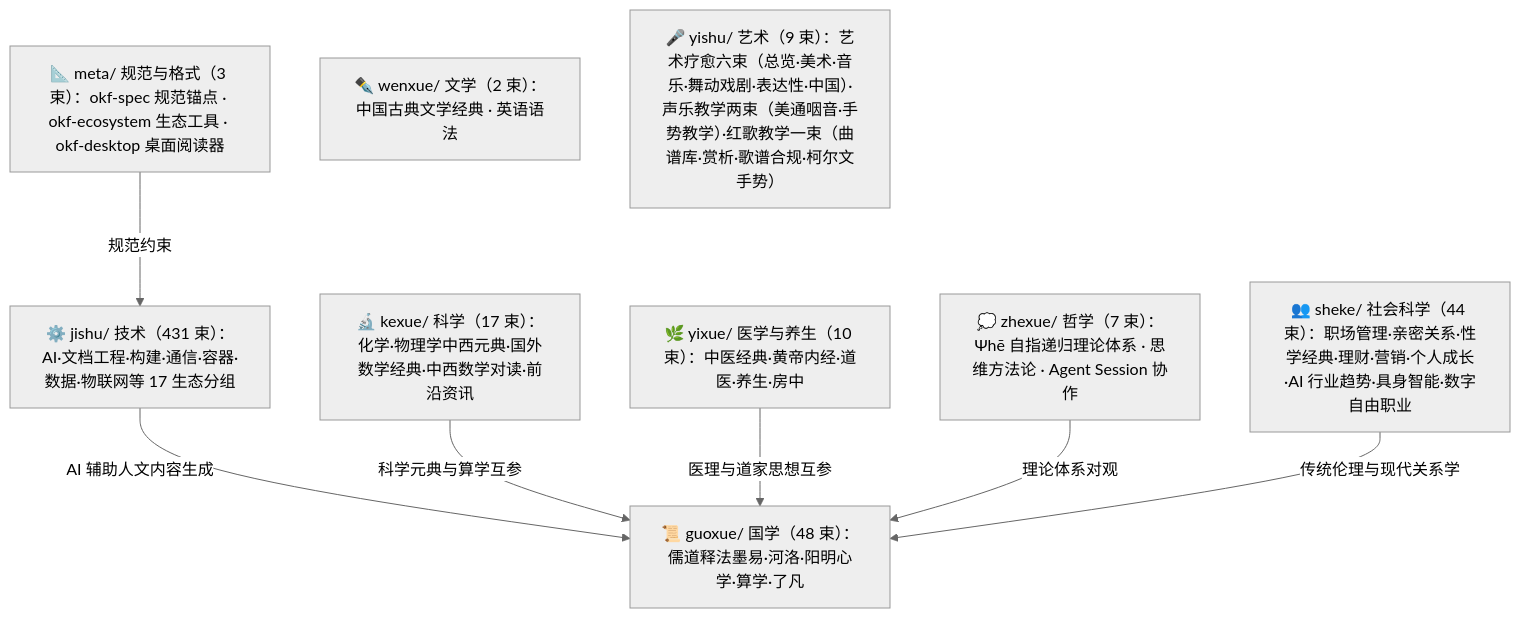
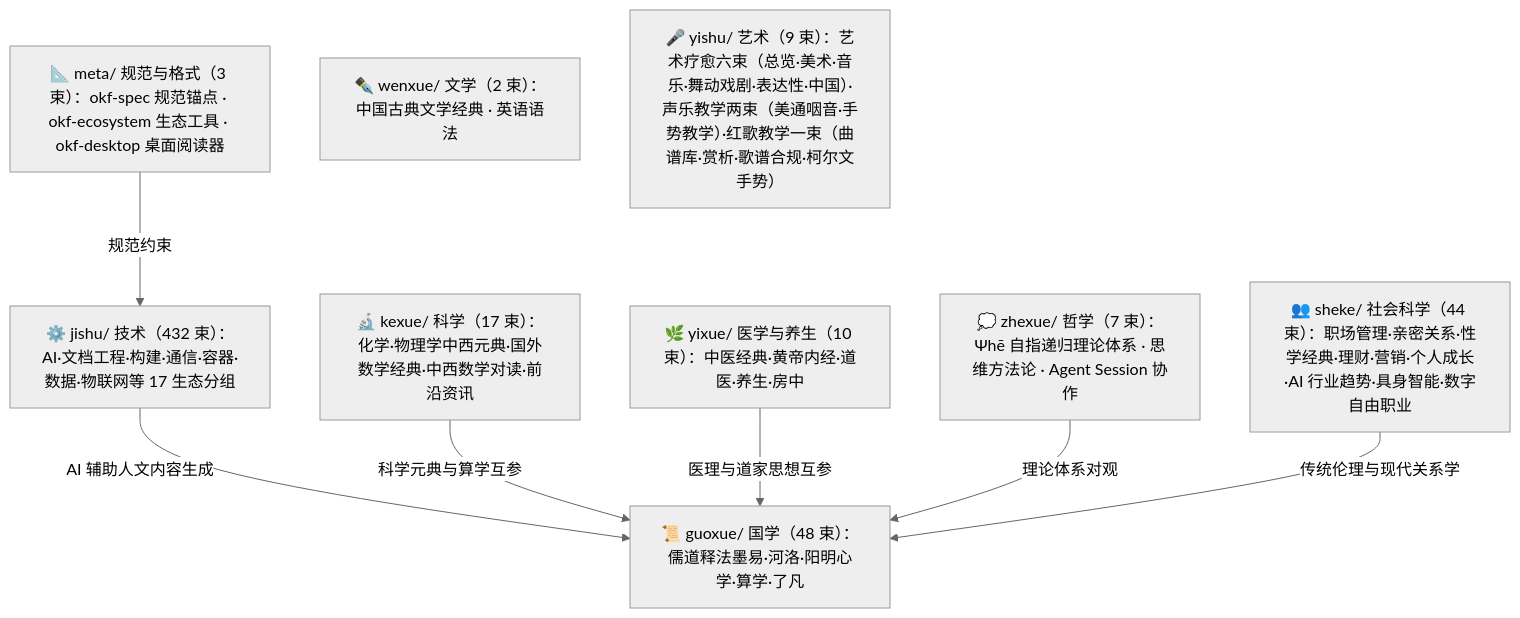
The diagram in doc/bundles/index.md (awesome-flexloop/awesome-okf), drawn with Mermaid (neutral theme) before and after one commit. The commit also changed other lines of this file and 11 other files, not shown here.

````diff
--- a/doc/bundles/index.md
+++ b/doc/bundles/index.md
@@ -21,18 +21,18 @@
 ```mermaid
 flowchart TD
     meta["📐 meta/ 规范与格式（3 束）：okf-spec 规范锚点 · okf-ecosystem 生态工具 · okf-desktop 桌面阅读器"]
     guoxue["📜 guoxue/ 国学（48 束）：儒道释法墨易·河洛·阳明心学·算学·了凡"]
     zhexue["💭 zhexue/ 哲学（7 束）：Ψhē 自指递归理论体系 · 思维方法论 · Agent Session 协作"]
     kexue["🔬 kexue/ 科学（17 束）：化学·物理学中西元典·国外数学经典·中西数学对读·前沿资讯"]
     wenxue["✒️ wenxue/ 文学（2 束）：中国古典文学经典 · 英语语法"]
     yixue["🌿 yixue/ 医学与养生（10 束）：中医经典·黄帝内经·道医·养生·房中"]
     sheke["👥 sheke/ 社会科学（44 束）：职场管理·亲密关系·性学经典·理财·营销·个人成长·AI 行业趋势·具身智能·数字自由职业"]
     yishu["🎤 yishu/ 艺术（9 束）：艺术疗愈六束（总览·美术·音乐·舞动戏剧·表达性·中国）·声乐教学两束（美通咽音·手势教学）·红歌教学一束（曲谱库·赏析·歌谱合规·柯尔文手势）"]
-    jishu["⚙️ jishu/ 技术（431 束）：AI·文档工程·构建·通信·容器·数据·物联网等 17 生态分组"]
+    jishu["⚙️ jishu/ 技术（432 束）：AI·文档工程·构建·通信·容器·数据·物联网等 17 生态分组"]
     meta -->|"规范约束"| jishu
     jishu -->|"AI 辅助人文内容生成"| guoxue
     kexue -->|"科学元典与算学互参"| guoxue
     yixue -->|"医理与道家思想互参"| guoxue
     zhexue -->|"理论体系对观"| guoxue
     sheke -->|"传统伦理与现代关系学"| guoxue
 ```
````
